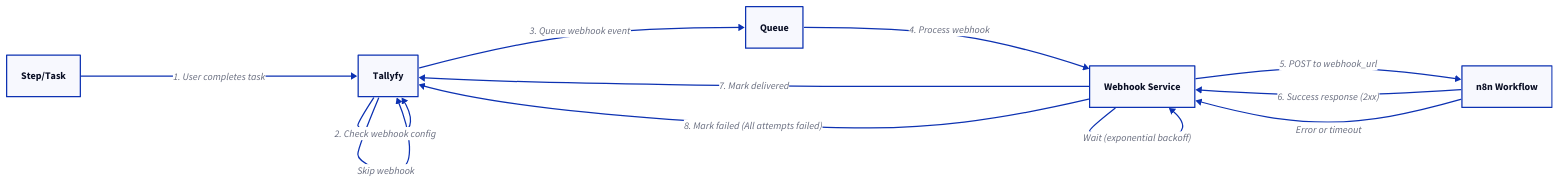
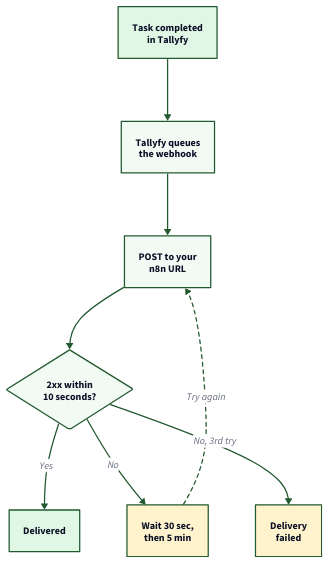
One commit to tallyfy/documentation changed the second of 2 diagrams in src/content/docs/pro/integrations/middleware/n8n/connecting-n8n-to-tallyfy.mdx. Above: the diagram before and after it, drawn with D2. The commit also changed other lines of this file and 13 other files, not shown here.

First line of the commit message:
Redraw 16 diagrams on 14 pages so they read at full size

````diff
--- a/src/content/docs/pro/integrations/middleware/n8n/connecting-n8n-to-tallyfy.mdx
+++ b/src/content/docs/pro/integrations/middleware/n8n/connecting-n8n-to-tallyfy.mdx
@@ -273,30 +274,63 @@
 ```d2
-direction: right
+# How a Tallyfy event reaches n8n
+direction: down
 
-S: Step/Task
-T: Tallyfy
-Q: Queue
-W: Webhook Service
-n8n: n8n Workflow
+Event: "Task completed\nin Tallyfy" {
+  style.fill: "#e1f7e6"
+  style.stroke: "#225930"
+}
 
-S -> T: 1. User completes task
-T -> T: 2. Check webhook config
+Queue: "Tallyfy queues\nthe webhook" {
+  style.fill: "#f2faf4"
+  style.stroke: "#225930"
+}
 
-T -> Q: "3. Queue webhook event"
-T -> T: "Skip webhook"
+Post: "POST to your\nn8n URL" {
+  style.fill: "#f2faf4"
+  style.stroke: "#225930"
+}
 
-Q -> W: 4. Process webhook
+Check: "2xx within\n10 seconds?" {
+  shape: diamond
+  style.fill: "#f2faf4"
+  style.stroke: "#225930"
+}
 
-W -> n8n: "5. POST to webhook_url" {
+Done: "Delivered" {
+  style.fill: "#e1f7e6"
+  style.stroke: "#225930"
 }
-# Timeout: 30 seconds
-n8n -> W: "6. Success response (2xx)"
-W -> T: "7. Mark delivered"
-# Log success
-n8n -> W: "Error or timeout"
-W -> W: "Wait (exponential backoff)"
-# 1st: 1min 2nd: 5min 3rd: 15min
 
-W -> T: "8. Mark failed (All attempts failed)"
-# Alert administrators
+Retry: "Wait 30 sec,\nthen 5 min" {
+  style.fill: "#fff3cd"
+  style.stroke: "#225930"
+}
+
+Fail: "Delivery\nfailed" {
+  style.fill: "#fff3cd"
+  style.stroke: "#225930"
+}
+
+Event -> Queue: {
+  style.stroke: "#225930"
+}
+Queue -> Post: {
+  style.stroke: "#225930"
+}
+Post -> Check: {
+  style.stroke: "#225930"
+}
+Check -> Done: "Yes" {
+  style.stroke: "#225930"
+}
+Check -> Retry: "No" {
+  style.stroke: "#225930"
+}
+Retry -> Post: "Try again" {
+  style.stroke: "#225930"
+  style.stroke-dash: 3
+}
+Check -> Fail: "No, 3rd try" {
+  style.stroke: "#225930"
+}
 ```
````
